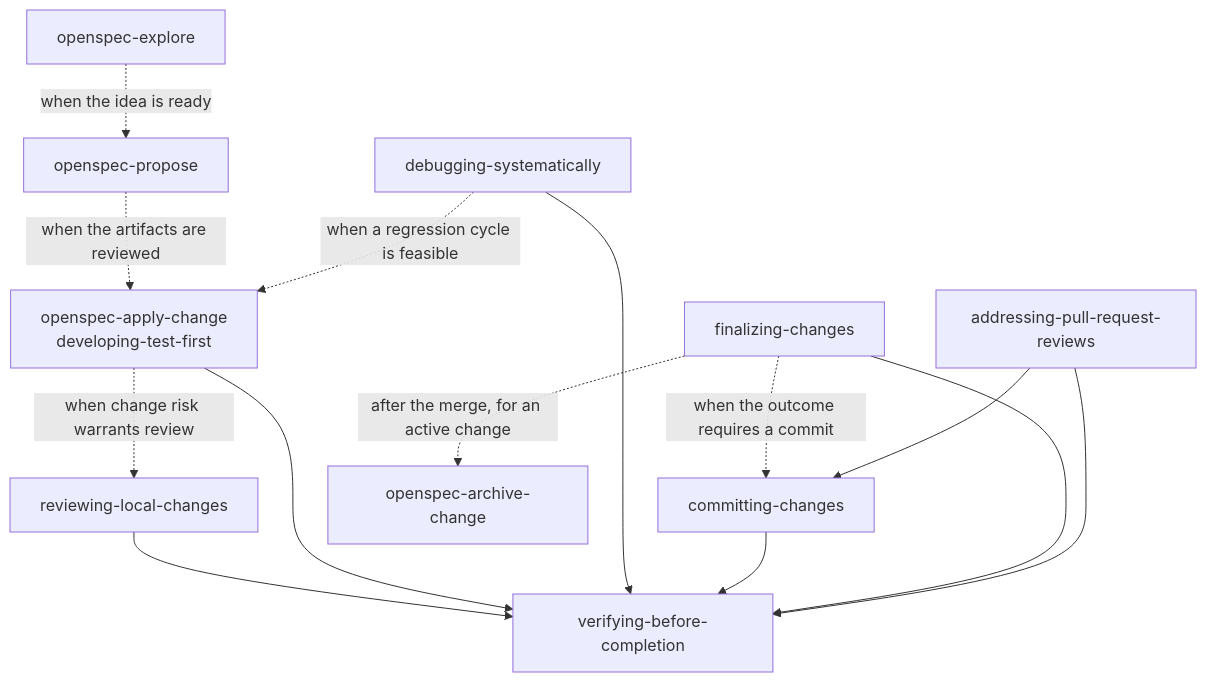
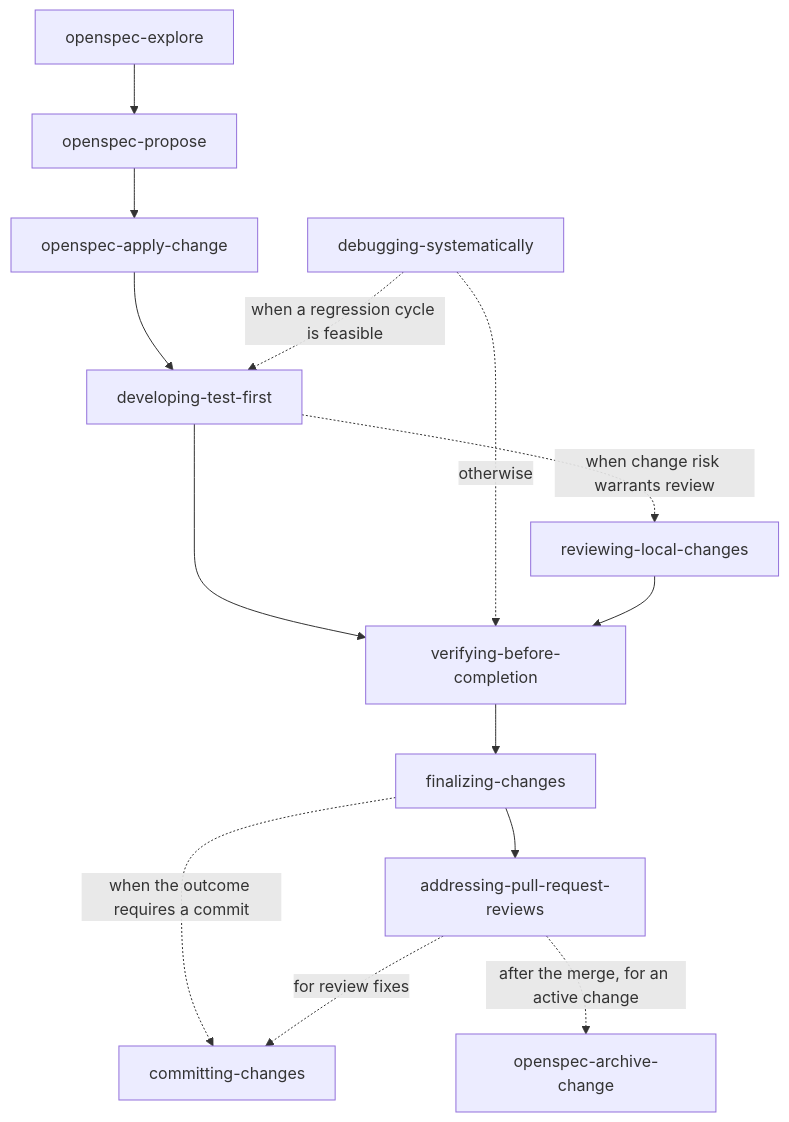
Before and after one commit to fgladisch/opencode-skills: the diagram in README.md, drawn with Mermaid. The commit also changed other lines of this file, not shown here.

Commit message:
📝 docs: show the skill workflow instead of the dependency graph

````diff
--- a/README.md
+++ b/README.md
@@ -54,27 +54,23 @@
 ```mermaid
 flowchart TB
   OE["openspec-explore"]
   OP["openspec-propose"]
+  OAC["openspec-apply-change"]
   SD["debugging-systematically"]
-  TDD["openspec-apply-change<br/>developing-test-first"]
+  TDD["developing-test-first"]
   CR["reviewing-local-changes"]
   V["verifying-before-completion"]
+  F["finalizing-changes"]
   C["committing-changes"]
-  F["finalizing-changes"]
   PR["addressing-pull-request-reviews"]
   OA["openspec-archive-change"]
 
-  OE -. "when the idea is ready" .-> OP
-  OP -. "when the artifacts are reviewed" .-> TDD
+  OE --> OP --> OAC --> TDD --> V --> F --> PR
   SD -. "when a regression cycle is feasible" .-> TDD
+  SD -. "otherwise" .-> V
   TDD -. "when change risk warrants review" .-> CR
   CR --> V
-  TDD --> V
-  SD --> V
   F -. "when the outcome requires a commit" .-> C
-  C --> V
-  F --> V
-  PR --> C
-  PR --> V
-  F -. "after the merge, for an active change" .-> OA
+  PR -. "for review fixes" .-> C
+  PR -. "after the merge, for an active change" .-> OA
 ```
````
